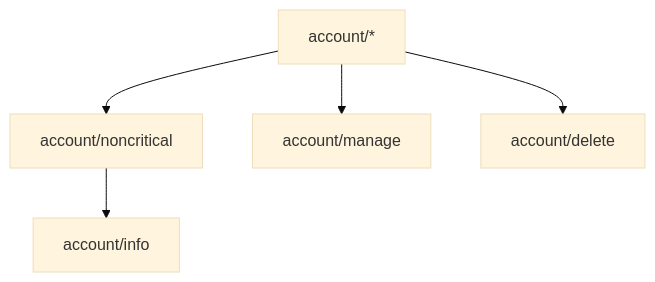
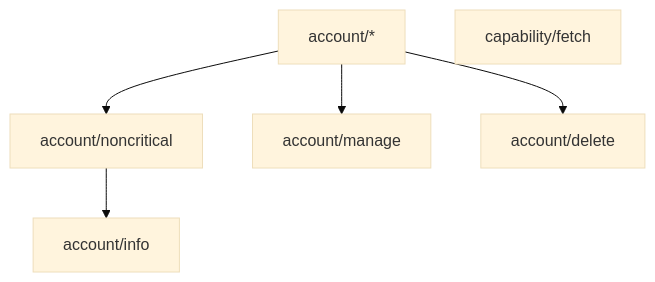
The diagram in design/api.md (fission-codes/fission-server), drawn with Mermaid (base theme) before and after one commit. The commit also changed other lines of this file, not shown here.

````diff
--- a/design/api.md
+++ b/design/api.md
@@ -184,7 +162,8 @@
 ```mermaid
 flowchart TD
     Star["account/*"] --> Noncrit["account/noncritical"]
     Noncrit --> Info["account/info"]
     Star --> Manage["account/manage"]
     Star --> Delete["account/delete"]
+    CapFind["capability/fetch"]
 ```
````
